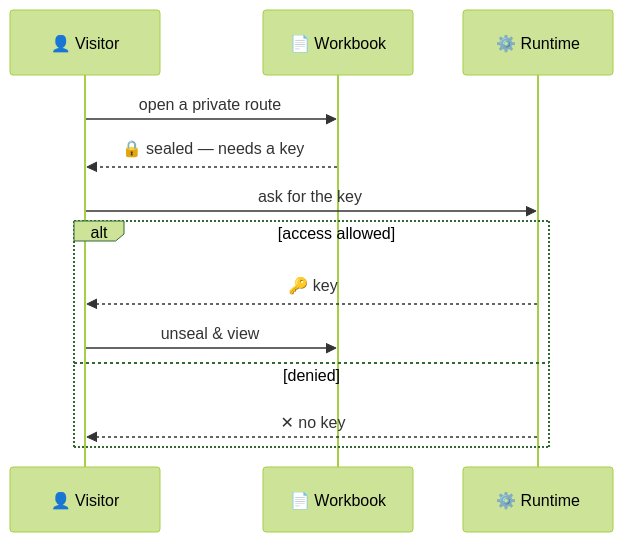
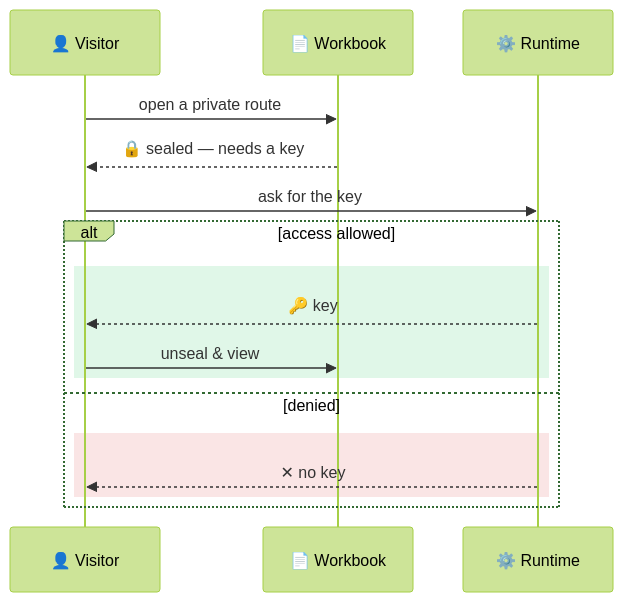
One commit to workbooks-sh/workbooks.sh changed the fourth of 4 diagrams in README.md. Above: the diagram before and after it, drawn with Mermaid (forest theme). The commit also changed other lines of this file, not shown here.

Commit message:
docs(readme): color loop/alt containers (translucent rect) — green=allowed, red=denied, readable on light+dark

````diff
--- a/README.md
+++ b/README.md
@@ -146,16 +148,20 @@
 ```mermaid
 sequenceDiagram
     participant Visitor as 👤 Visitor
     participant Workbook as 📄 Workbook
     participant Runtime as ⚙️ Runtime
 
     Visitor->>Workbook: open a private route
     Workbook-->>Visitor: 🔒 sealed — needs a key
     Visitor->>Runtime: ask for the key
     alt access allowed
+        rect rgba(40, 200, 90, 0.14)
         Runtime-->>Visitor: 🔑 key
         Visitor->>Workbook: unseal & view
+        end
     else denied
+        rect rgba(220, 70, 70, 0.14)
         Runtime-->>Visitor: ✕ no key
+        end
     end
 ```
````
